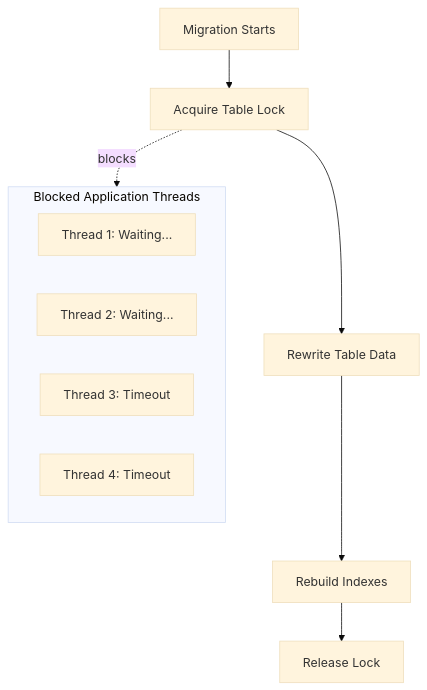
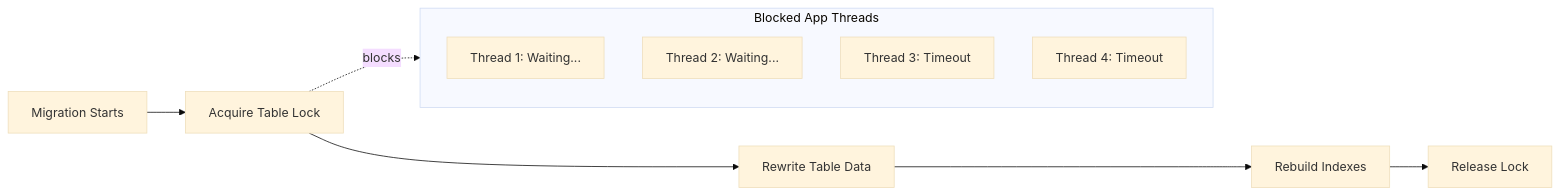
One commit to webstackdev/astro.webstackbuilders.com changed the first of 2 diagrams in src/content/articles/database-schema-migrations-continuous-deployment-zero-downtime/index.mdx. Above: the diagram before and after it, drawn with Mermaid (base theme). The commit also changed 265 other files, not shown here.

Commit message:
Add screenshots of all Mermaid diagrams to articles

````diff
--- a/src/content/articles/database-schema-migrations-continuous-deployment-zero-downtime/index.mdx
+++ b/src/content/articles/database-schema-migrations-continuous-deployment-zero-downtime/index.mdx
@@ -38,16 +38,16 @@
 ```mermaid
-flowchart TD
+flowchart LR
     A[Migration Starts] --> B[Acquire Table Lock]
     B --> C[Rewrite Table Data]
     C --> D[Rebuild Indexes]
     D --> E[Release Lock]
 
-    subgraph blocked[Blocked Application Threads]
+    subgraph blocked[Blocked App Threads]
         F[Thread 1: Waiting...]
         G[Thread 2: Waiting...]
         H[Thread 3: Timeout]
         I[Thread 4: Timeout]
     end
 
     B -.->|blocks| blocked
 ```
````
